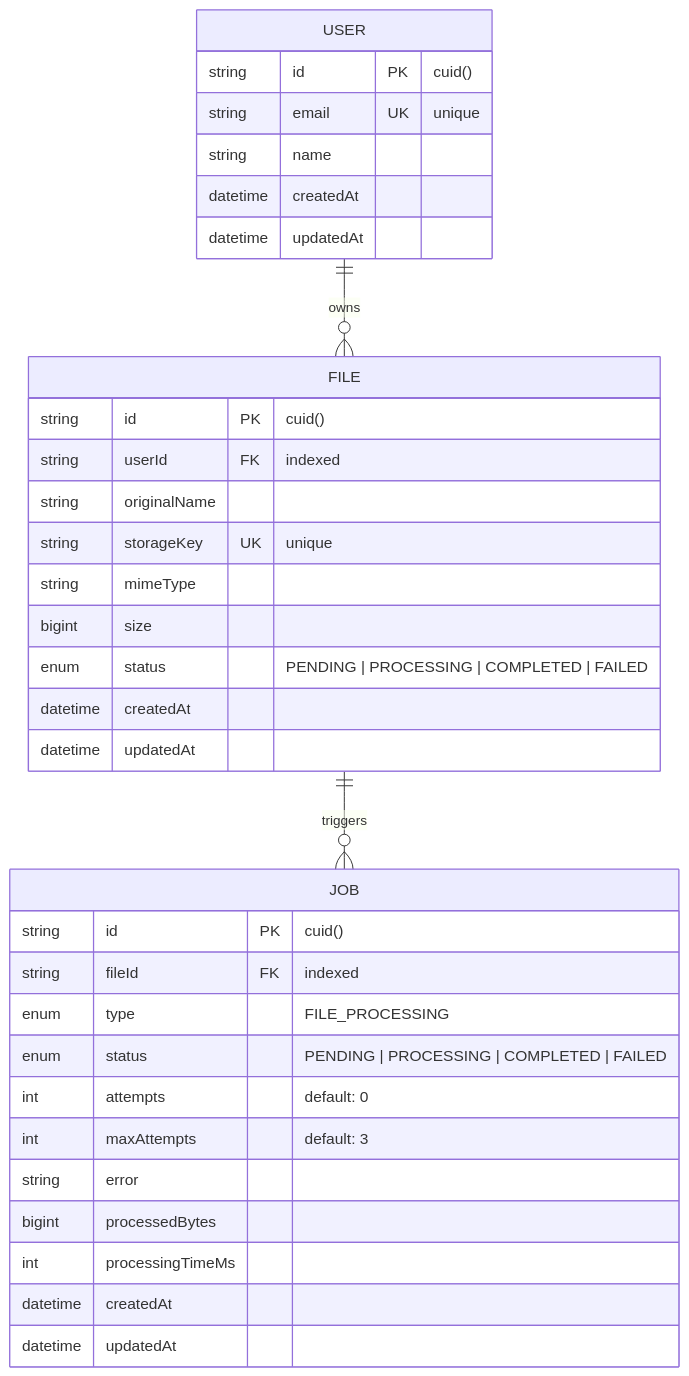
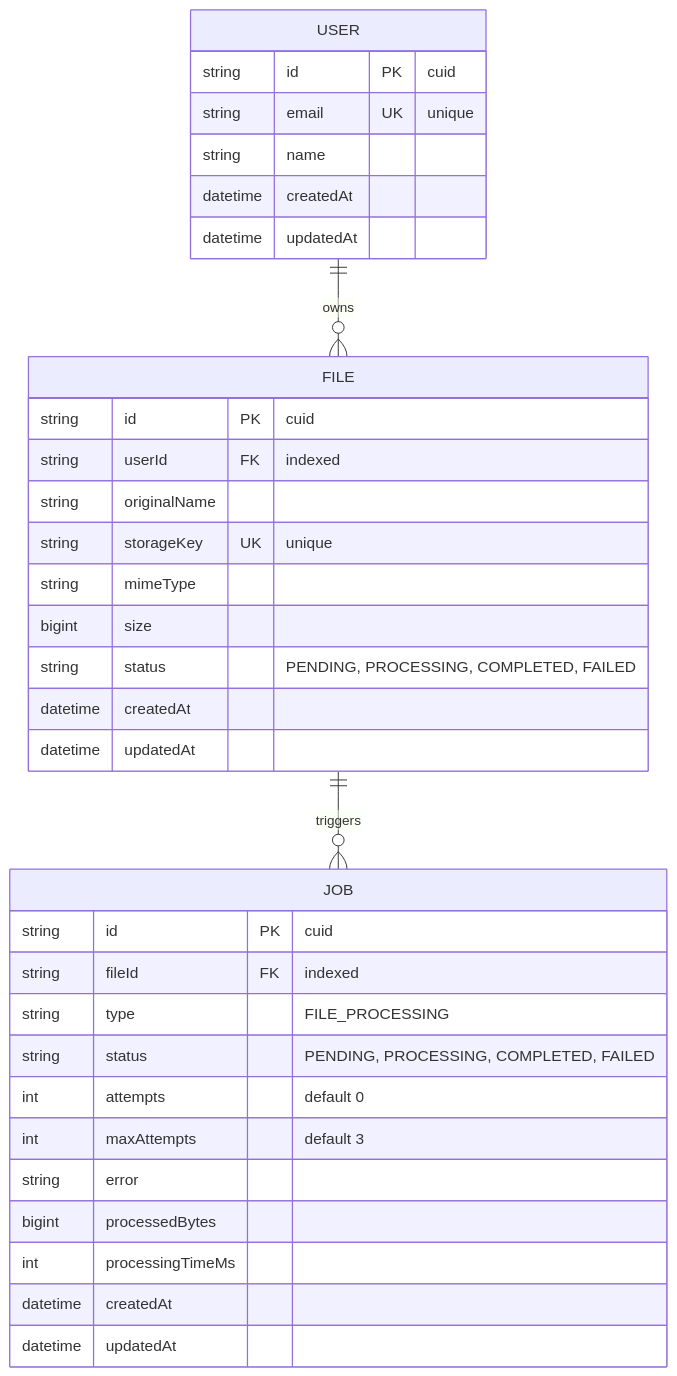
Before and after one commit to Marvel0007/Backend-StreamForge: the second of 2 diagrams in README.md, drawn with Mermaid. The commit also changed other lines of this file, not shown here.

Commit message:
fix(docs): resolve Mermaid syntax parser error on GitHub

````diff
--- a/README.md
+++ b/README.md
@@ -160,39 +160,39 @@
 ```mermaid
 erDiagram
     USER ||--o{ FILE : owns
     FILE ||--o{ JOB : triggers
 
     USER {
-        string id PK "cuid()"
+        string id PK "cuid"
         string email UK "unique"
         string name
         datetime createdAt
         datetime updatedAt
     }
 
     FILE {
-        string id PK "cuid()"
+        string id PK "cuid"
         string userId FK "indexed"
         string originalName
         string storageKey UK "unique"
         string mimeType
         bigint size
-        enum status "PENDING | PROCESSING | COMPLETED | FAILED"
+        string status "PENDING, PROCESSING, COMPLETED, FAILED"
         datetime createdAt
         datetime updatedAt
     }
 
     JOB {
-        string id PK "cuid()"
+        string id PK "cuid"
         string fileId FK "indexed"
-        enum type "FILE_PROCESSING"
-        enum status "PENDING | PROCESSING | COMPLETED | FAILED"
-        int attempts "default: 0"
-        int maxAttempts "default: 3"
+        string type "FILE_PROCESSING"
+        string status "PENDING, PROCESSING, COMPLETED, FAILED"
+        int attempts "default 0"
+        int maxAttempts "default 3"
         string error
         bigint processedBytes
         int processingTimeMs
         datetime createdAt
         datetime updatedAt
     }
 ```
````
